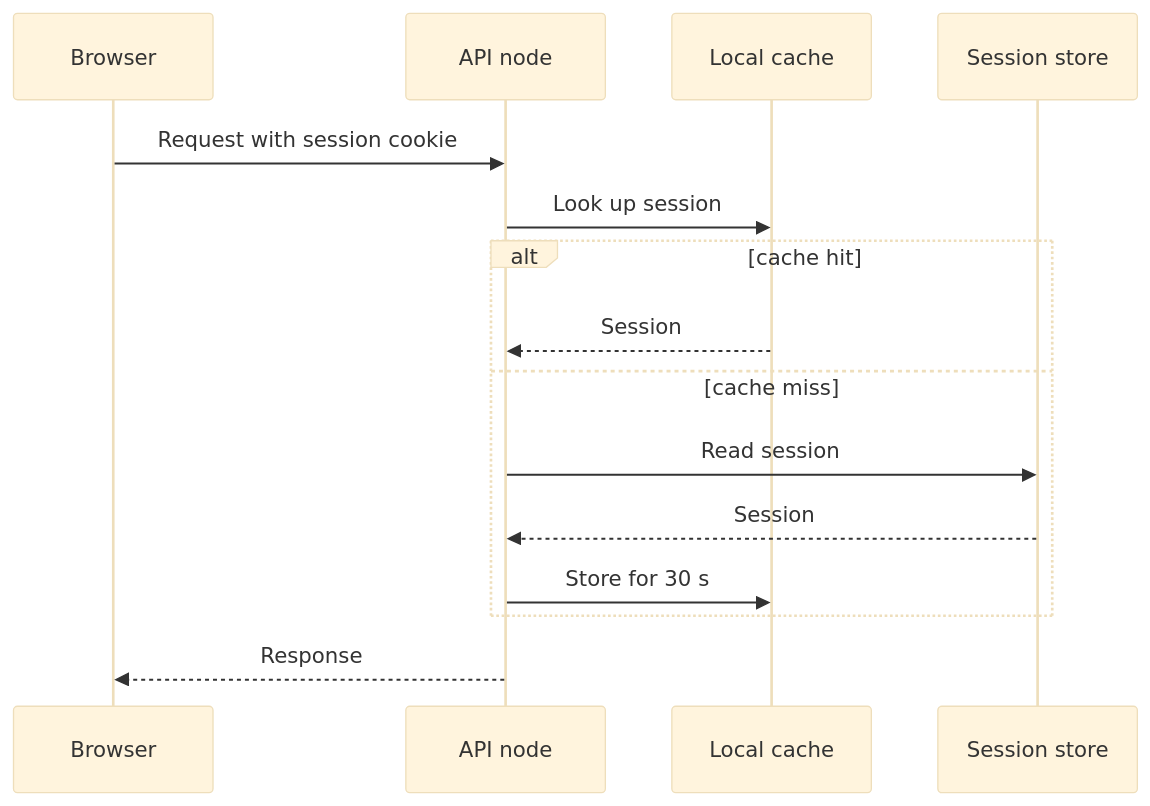
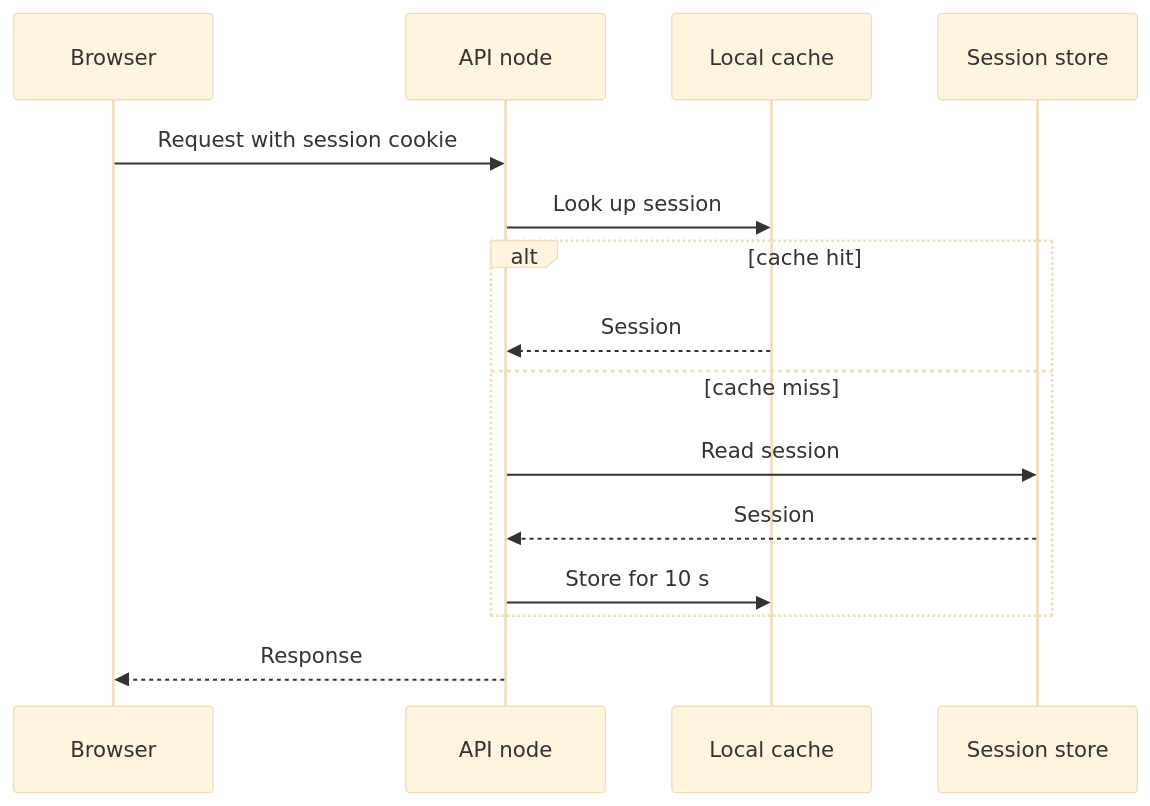
The second of 2 diagrams in docs/sandbox/session-storage.md (KinjiKawaguchi/mihiraki), drawn with Mermaid (base theme) before and after one commit. The commit also changed other lines of this file, not shown here.

````diff
--- a/docs/sandbox/session-storage.md
+++ b/docs/sandbox/session-storage.md
@@ -80,17 +82,17 @@
 ```mermaid
 sequenceDiagram
     participant B as Browser
     participant A as API node
     participant C as Local cache
     participant S as Session store
     B->>A: Request with session cookie
     A->>C: Look up session
     alt cache hit
         C-->>A: Session
     else cache miss
         A->>S: Read session
         S-->>A: Session
-        A->>C: Store for 30 s
+        A->>C: Store for 10 s
     end
     A-->>B: Response
 ```
````
